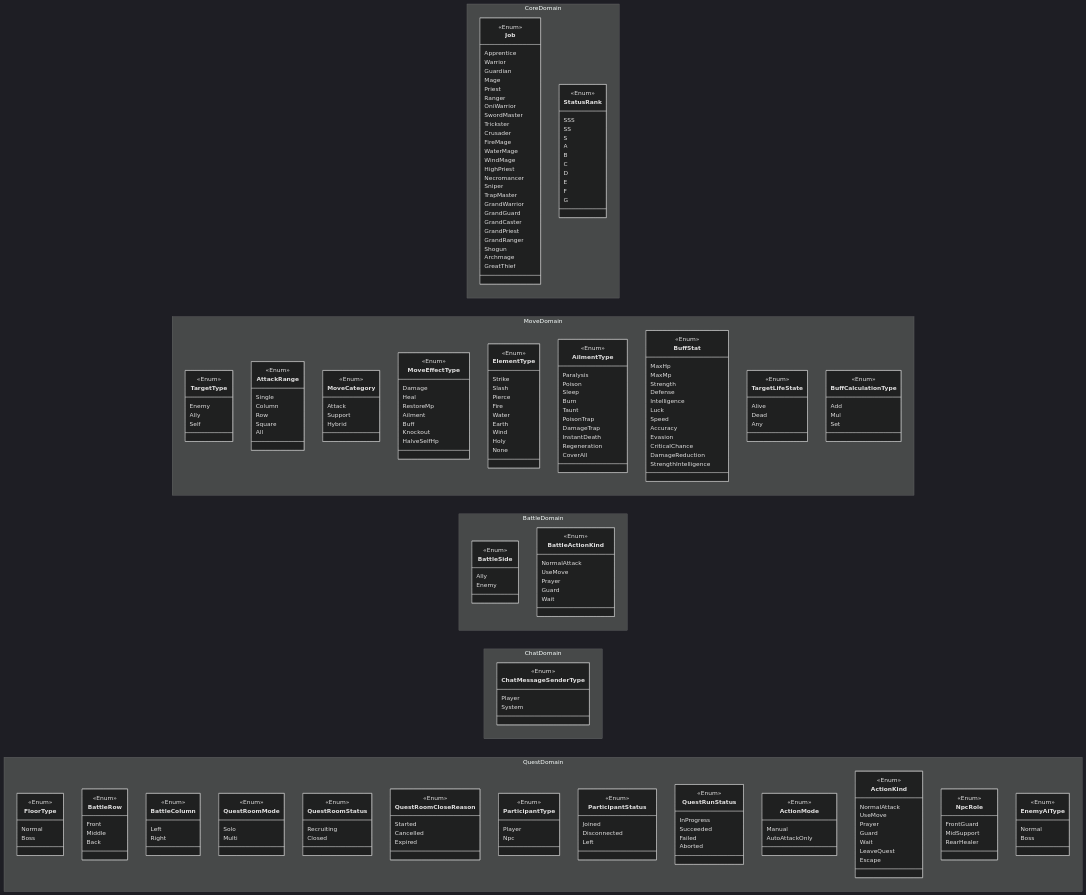
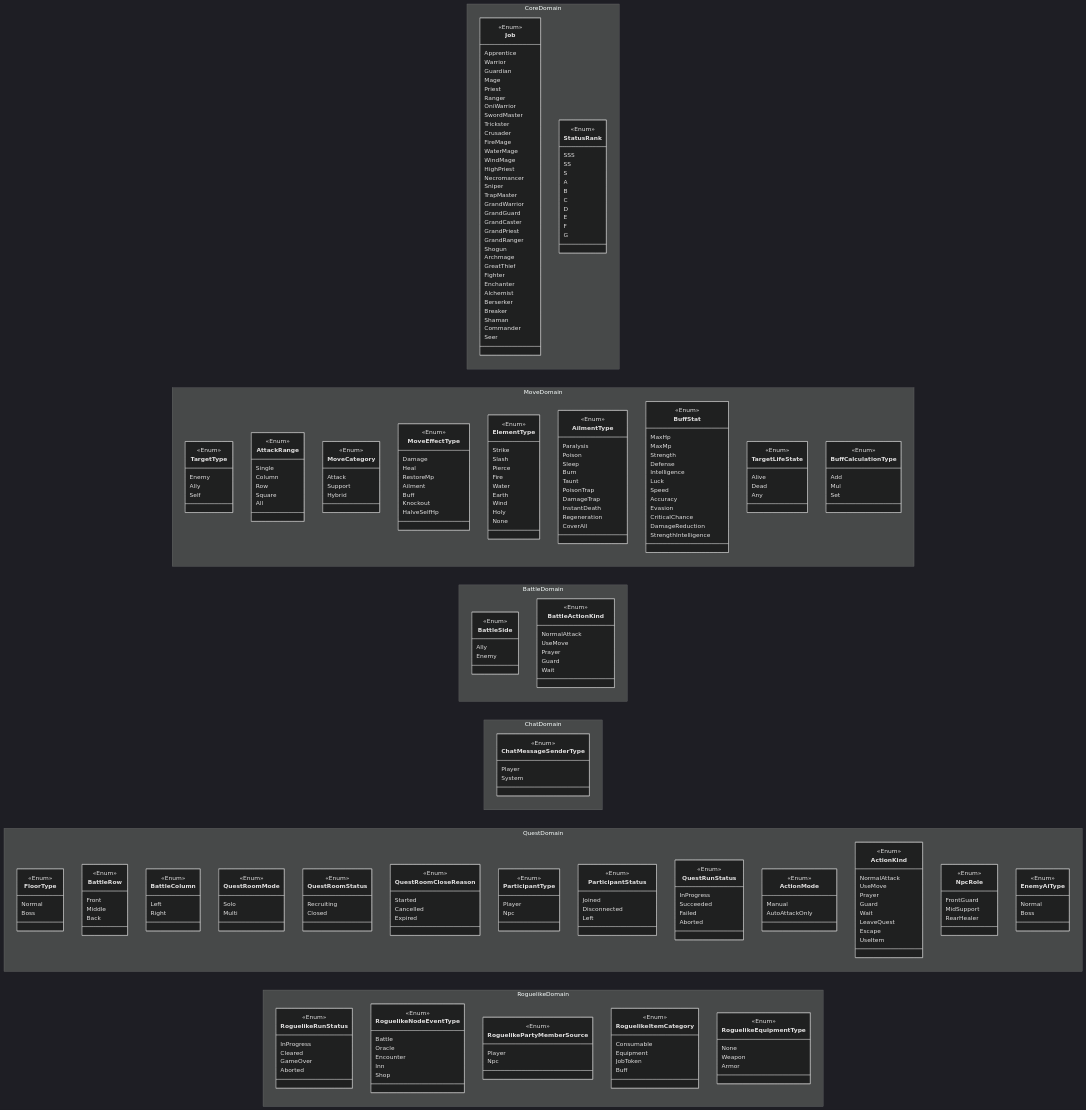
The diagram in docs/common/01_Enum.mmd (ayumu203/nisekue), drawn with Mermaid (dark theme) before and after one commit. The commit also changed 4 other files, not shown here.

```diff
--- a/docs/common/01_Enum.mmd
+++ b/docs/common/01_Enum.mmd
@@ -28,6 +28,14 @@
             Shogun
             Archmage
             GreatThief
+            Fighter
+            Enchanter
+            Alchemist
+            Berserker
+            Breaker
+            Shaman
+            Commander
+            Seer
         }
 
         class StatusRank {
@@ -238,6 +246,7 @@
             Wait
             LeaveQuest
             Escape
+            UseItem
         }
 
         class NpcRole {
@@ -253,3 +262,43 @@
             Boss
         }
     }
+
+    namespace RoguelikeDomain {
+        class RoguelikeRunStatus {
+            <<Enum>>
+            InProgress
+            Cleared
+            GameOver
+            Aborted
+        }
+
+        class RoguelikeNodeEventType {
+            <<Enum>>
+            Battle
+            Oracle
+            Encounter
+            Inn
+            Shop
+        }
+
+        class RoguelikePartyMemberSource {
+            <<Enum>>
+            Player
+            Npc
+        }
+
+        class RoguelikeItemCategory {
+            <<Enum>>
+            Consumable
+            Equipment
+            JobToken
+            Buff
+        }
+
+        class RoguelikeEquipmentType {
+            <<Enum>>
+            None
+            Weapon
+            Armor
+        }
+    }
```
